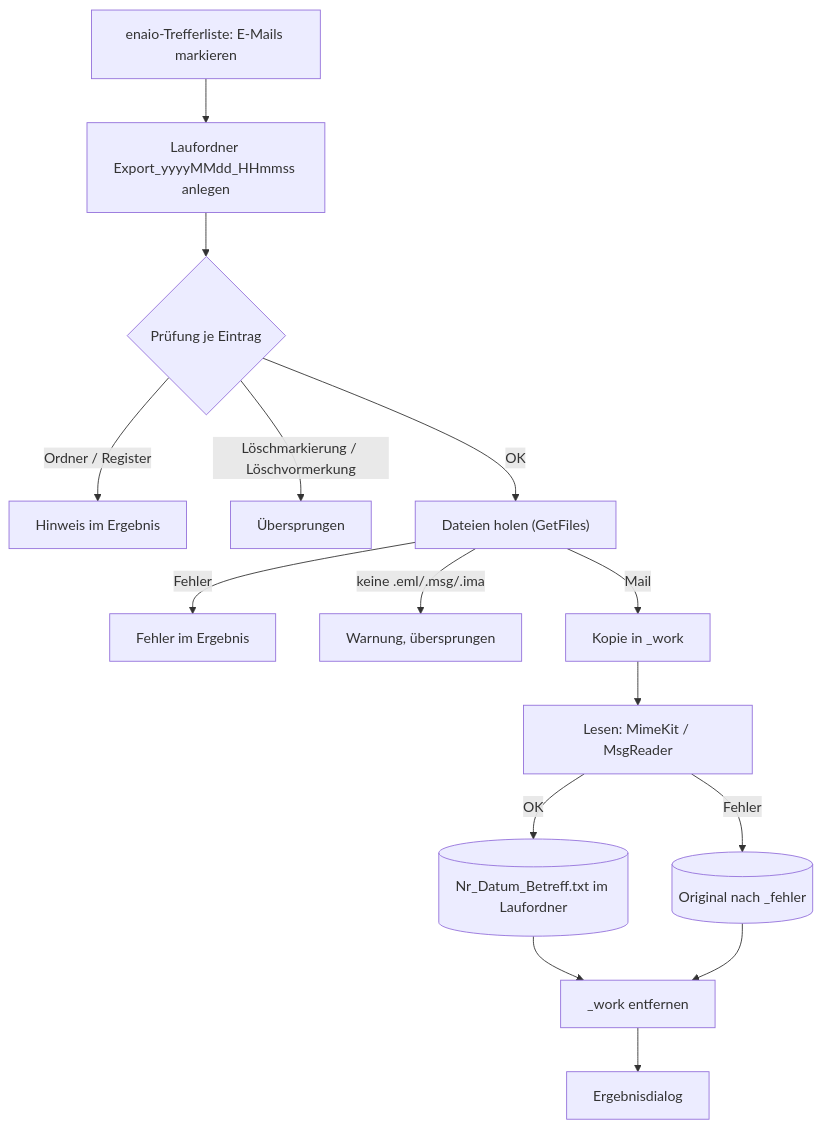
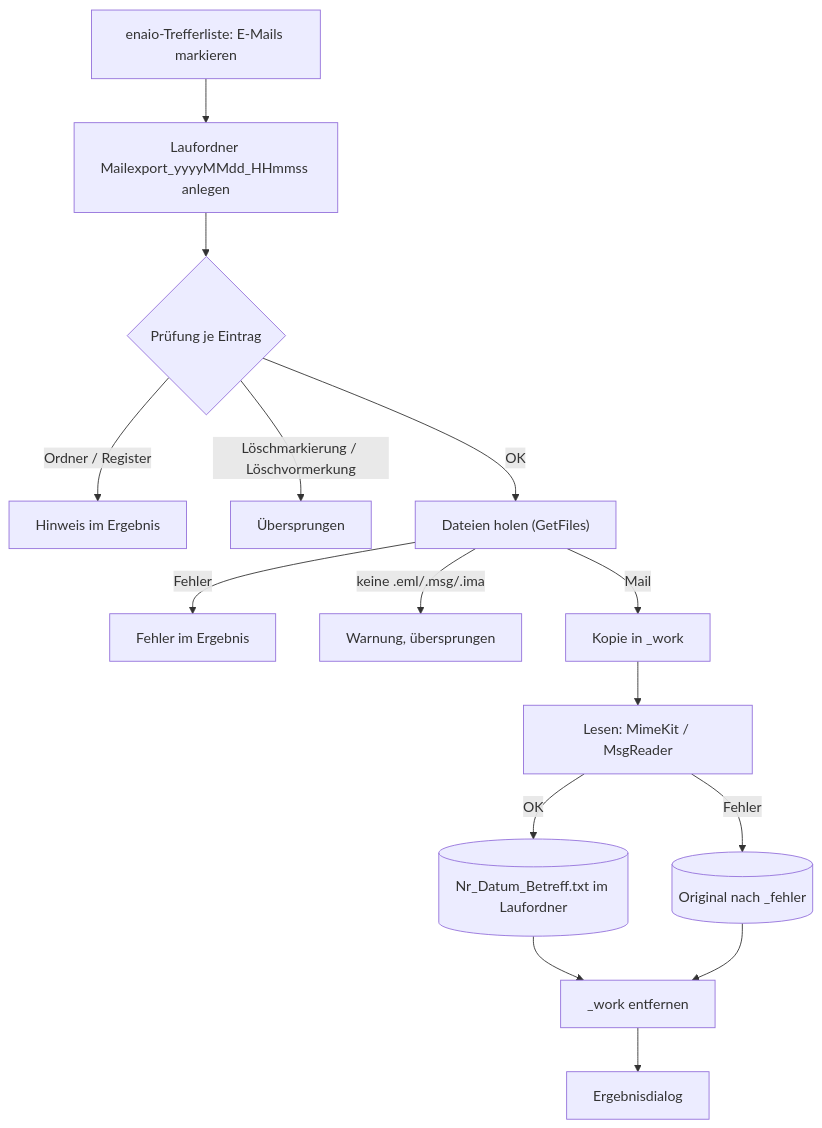
Before and after one commit to DanielWill76/Emails4KI: the diagram in README.md, drawn with Mermaid. The commit also changed other lines of this file and 11 other files, not shown here.

Commit message:
Laufordner heißt jetzt Mailexport_yyyyMMdd_HHmmss, Doku angepasst

````diff
--- a/README.md
+++ b/README.md
@@ -87,17 +87,17 @@
 ```mermaid
 flowchart TD
-    START["enaio-Trefferliste: E-Mails markieren"] --> RUN["Laufordner Export_yyyyMMdd_HHmmss anlegen"]
+    START["enaio-Trefferliste: E-Mails markieren"] --> RUN["Laufordner Mailexport_yyyyMMdd_HHmmss anlegen"]
     RUN --> CHK{"Prüfung je Eintrag"}
     CHK -->|"Ordner / Register"| NONDOC["Hinweis im Ergebnis"]
     CHK -->|"Löschmarkierung / Löschvormerkung"| SKIP["Übersprungen"]
     CHK -->|"OK"| GET["Dateien holen (GetFiles)"]
     GET -->|"Fehler"| ERR1["Fehler im Ergebnis"]
     GET -->|"keine .eml/.msg/.ima"| WARN["Warnung, übersprungen"]
     GET -->|"Mail"| COPY["Kopie in _work"]
     COPY --> READ["Lesen: MimeKit / MsgReader"]
     READ -->|"OK"| TXT[("Nr_Datum_Betreff.txt im Laufordner")]
     READ -->|"Fehler"| FEHLER[("Original nach _fehler")]
     TXT --> CLEAN["_work entfernen"]
     FEHLER --> CLEAN
     CLEAN --> DLG["Ergebnisdialog"]
 ```
````
